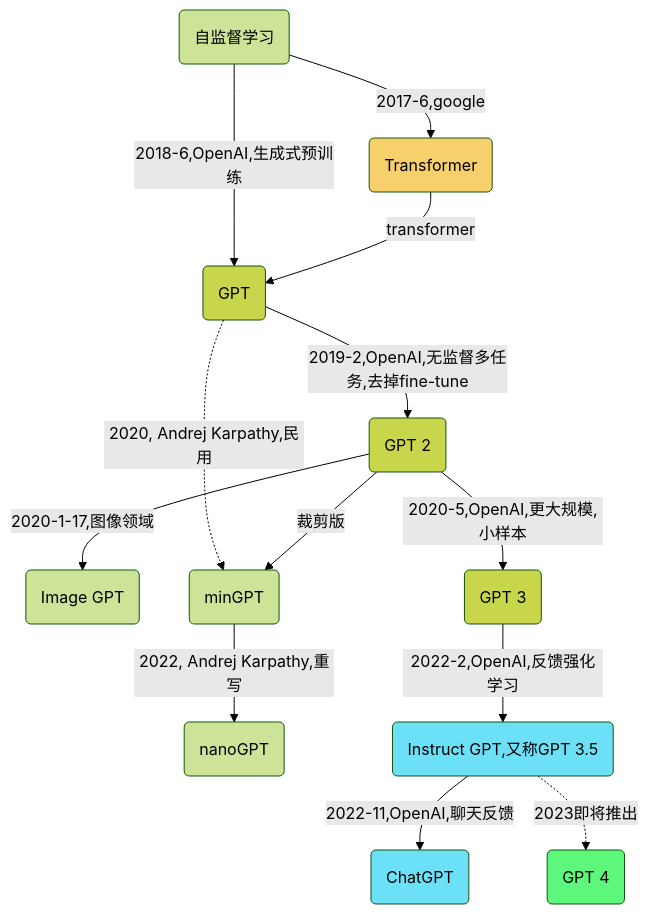
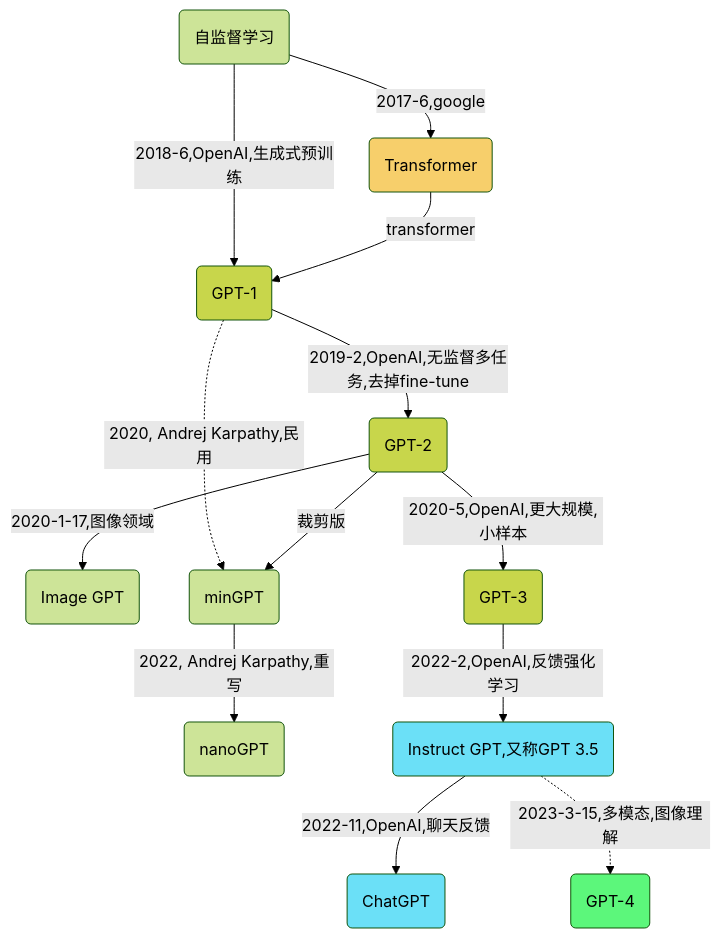
The first of 2 diagrams in _posts/2019-12-14-gpt.md (Gaohaoyang/gaohaoyang.github.io), drawn with Mermaid (forest theme) before and after one commit. The commit also changed other lines of this file, not shown here.

Commit message:
更新gpt演化图

```diff
--- a/_posts/2019-12-14-gpt.md
+++ b/_posts/2019-12-14-gpt.md
@@ -91,22 +93,22 @@
 <div class="mermaid">
     flowchart TD
     %% 节点颜色
     classDef red fill:#f02;
     classDef green fill:#5CF77B;
     classDef blue fill:#6BE0F7;
     classDef orange fill:#F7CF6B;
     classDef grass fill:#C8D64B;
     %%节点关系定义
     O(自监督学习)-->|2017-6,google|A(Transformer):::orange
     O-->|2018-6,OpenAI,生成式预训练| B
-    A-->|transformer|B(GPT):::grass
-    B-->|2019-2,OpenAI,无监督多任务,去掉fine-tune|C(GPT 2):::grass
+    A-->|transformer|B(GPT-1):::grass
+    B-->|2019-2,OpenAI,无监督多任务,去掉fine-tune|C(GPT-2):::grass
     C-->|2020-1-17,图像领域|H(Image GPT)
     B-.->|2020, Andrej Karpathy,民用|B1(minGPT)
     B1-->|2022, Andrej Karpathy,重写|B2(nanoGPT)
     C-->|裁剪版|B1
-    C-->|2020-5,OpenAI,更大规模,小样本|D(GPT 3):::grass
+    C-->|2020-5,OpenAI,更大规模,小样本|D(GPT-3):::grass
     D-->|2022-2,OpenAI,反馈强化学习|E(Instruct GPT,又称GPT 3.5):::blue
     E-->|2022-11,OpenAI,聊天反馈|F(ChatGPT):::blue
-    E-.->|2023即将推出|G(GPT 4):::green
+    E-.->|2023-3-15,多模态,图像理解|G(GPT-4):::green
 </div>
```
